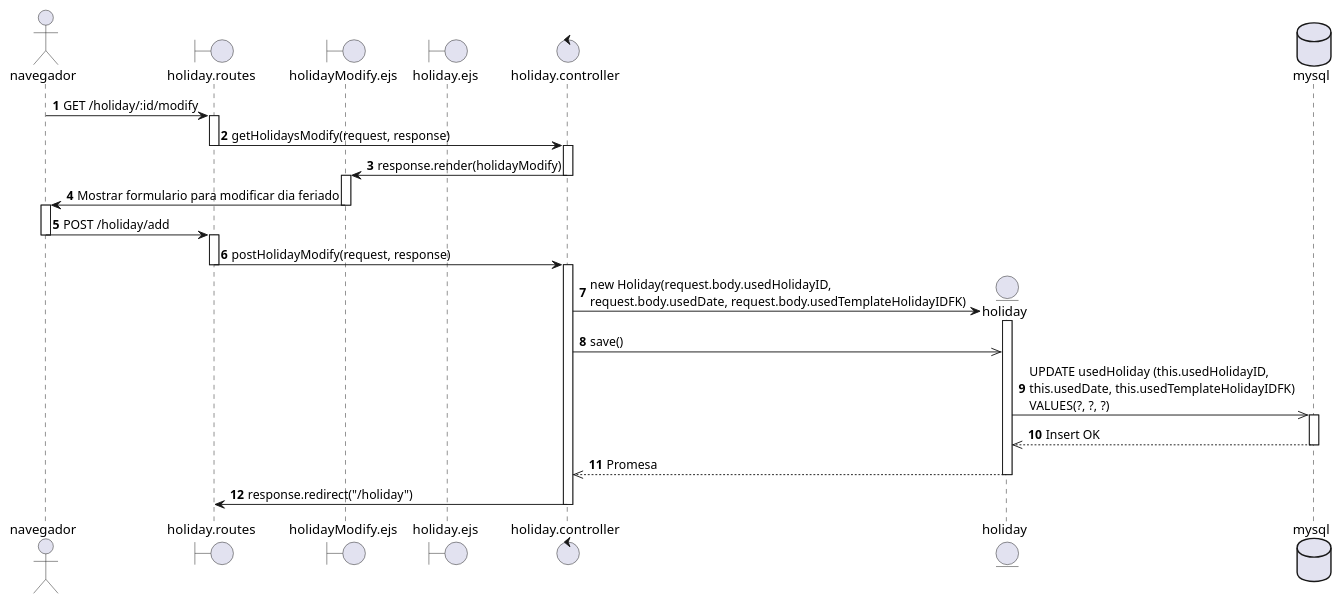
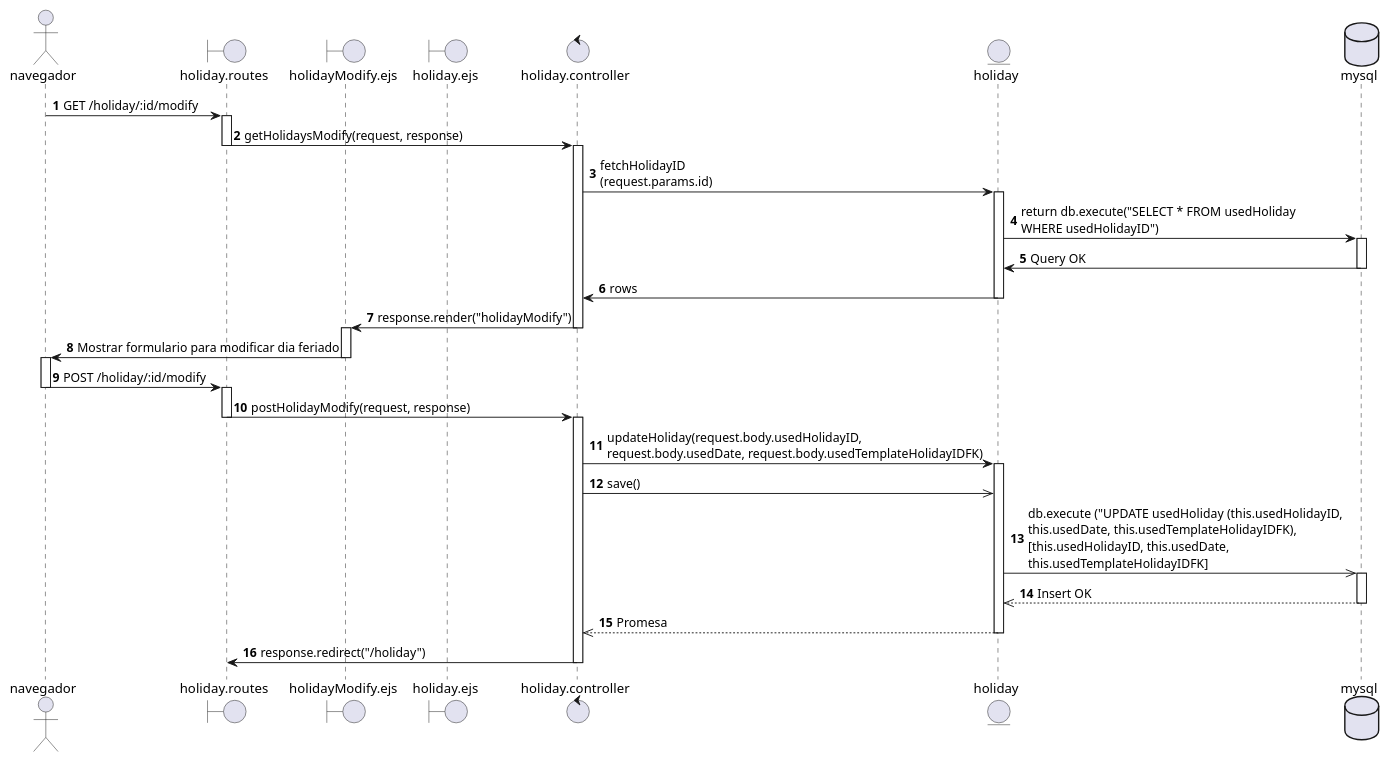
The diagram in diagrams/Casos de Uso/CU Emilio/DS/CU30.puml (EdCanCe/WorkCells), drawn with PlantUML before and after one commit. The commit also changed 6 other files, not shown here.

Commit message:
Se corrige el diagrama de secuencia para CU30

```diff
--- a/diagrams/Casos de Uso/CU Emilio/DS/CU30.puml
+++ b/diagrams/Casos de Uso/CU Emilio/DS/CU30.puml
@@ -1,49 +1,60 @@
 @startuml CU30 - Superadmin modifica dia feriado
 actor navegador
 boundary holiday.routes
 boundary holidayModify.ejs
 boundary holiday.ejs
 control holiday.controller
 entity holiday
 database mysql
 
 autonumber
 navegador -> holiday.routes : GET /holiday/:id/modify
 activate holiday.routes
 
 holiday.routes -> holiday.controller: getHolidaysModify(request, response)
 deactivate holiday.routes
 activate holiday.controller
 
-holiday.controller -> holidayModify.ejs: response.render(holidayModify)
+holiday.controller -> holiday: fetchHolidayID \n(request.params.id)
+activate holiday
+
+holiday -> mysql: return db.execute("SELECT * FROM usedHoliday \nWHERE usedHolidayID")
+activate mysql
+mysql -> holiday: Query OK
+deactivate mysql
+
+holiday -> holiday.controller: rows
+deactivate holiday
+
+holiday.controller -> holidayModify.ejs: response.render("holidayModify")
 deactivate holiday.controller
 activate holidayModify.ejs
 
 holidayModify.ejs -> navegador : Mostrar formulario para modificar dia feriado
 deactivate holidayModify.ejs
 activate navegador
 
-navegador -> holiday.routes : POST /holiday/add
+navegador -> holiday.routes : POST /holiday/:id/modify
 deactivate navegador
 activate holiday.routes
 
 holiday.routes -> holiday.controller : postHolidayModify(request, response)
 deactivate holiday.routes
 activate holiday.controller
-create holiday
-holiday.controller -> holiday : new Holiday(request.body.usedHolidayID, \nrequest.body.usedDate, request.body.usedTemplateHolidayIDFK)
+
+holiday.controller -> holiday : updateHoliday(request.body.usedHolidayID, \nrequest.body.usedDate, request.body.usedTemplateHolidayIDFK)
 activate holiday
 
 holiday.controller ->> holiday : save()
 
-holiday ->> mysql : UPDATE usedHoliday (this.usedHolidayID, \nthis.usedDate, this.usedTemplateHolidayIDFK) \nVALUES(?, ?, ?)
+holiday ->> mysql : db.execute ("UPDATE usedHoliday (this.usedHolidayID, \nthis.usedDate, this.usedTemplateHolidayIDFK), \n[this.usedHolidayID, this.usedDate, \nthis.usedTemplateHolidayIDFK]
 activate mysql
 mysql -->> holiday : Insert OK
 deactivate mysql
 holiday -->> holiday.controller : Promesa
 deactivate holiday
 
 holiday.controller -> holiday.routes : response.redirect("/holiday")
 deactivate holiday.controller
 
 @enduml
```
